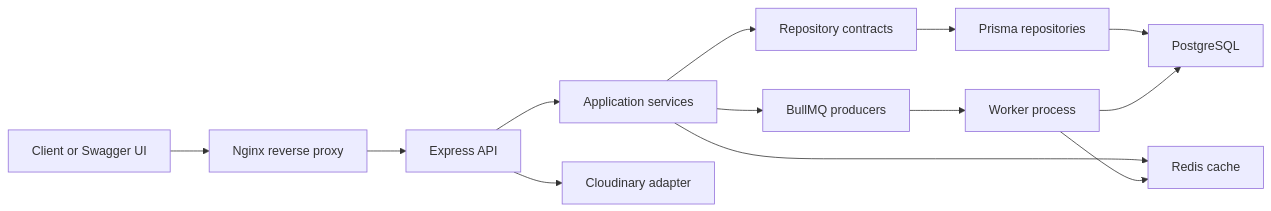
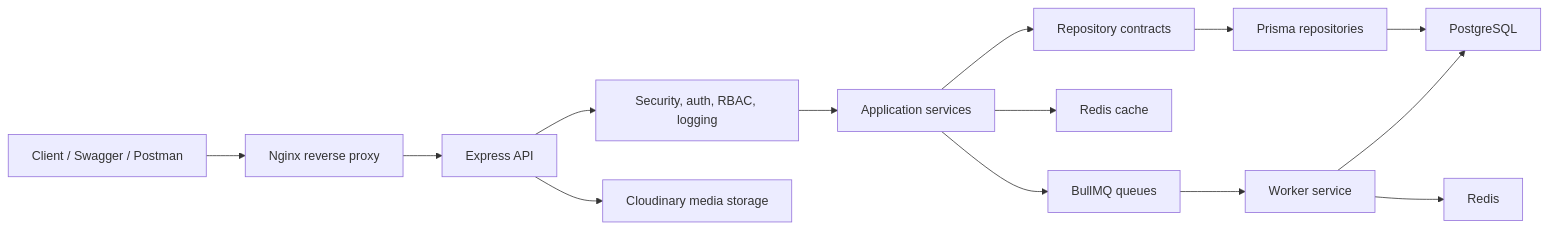
Before and after one commit to tushar-gour/streamly-server: the diagram in README.md, drawn with Mermaid. The commit also changed other lines of this file, not shown here.

````diff
--- a/README.md
+++ b/README.md
@@ -61,15 +68,16 @@
 ```mermaid
 flowchart LR
-    Client["Client or Swagger UI"] --> Nginx["Nginx reverse proxy"]
+    Client["Client / Swagger / Postman"] --> Nginx["Nginx reverse proxy"]
     Nginx --> API["Express API"]
-    API --> Services["Application services"]
+    API --> Middleware["Security, auth, RBAC, logging"]
+    Middleware --> Services["Application services"]
     Services --> Repositories["Repository contracts"]
     Repositories --> Prisma["Prisma repositories"]
     Prisma --> Postgres["PostgreSQL"]
-    Services --> Redis["Redis cache"]
-    Services --> Queues["BullMQ producers"]
-    Queues --> Worker["Worker process"]
+    Services --> Cache["Redis cache"]
+    Services --> Queues["BullMQ queues"]
+    Queues --> Worker["Worker service"]
+    Worker --> Redis["Redis"]
     Worker --> Postgres
-    Worker --> Redis
-    API --> Cloudinary["Cloudinary adapter"]
+    API --> Cloudinary["Cloudinary media storage"]
 ```
````
